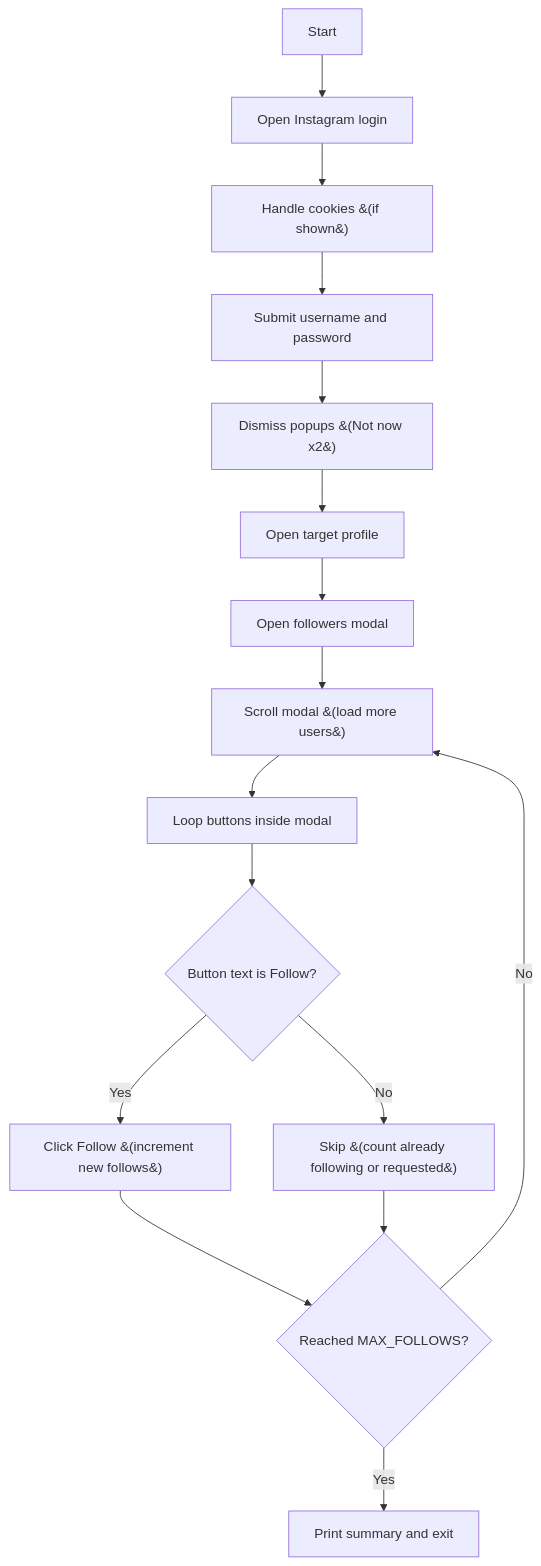
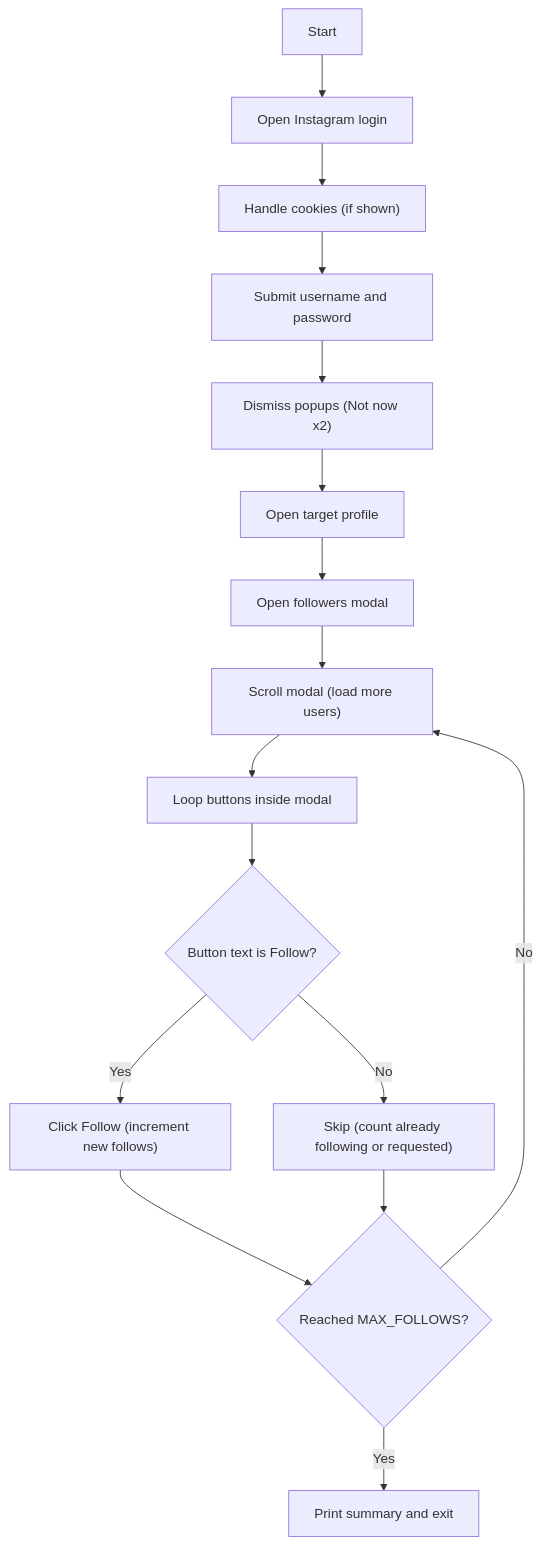
Before and after one commit to Zamir29/100-days-of-Python: the diagram in daily_logs/day_52.md, drawn with Mermaid.

Commit message:
(day_52): fix in flowchart in the daily log of day_52

````diff
--- a/daily_logs/day_52.md
+++ b/daily_logs/day_52.md
@@ -55,18 +55,18 @@
 ```mermaid
 flowchart TD
   A[Start] --> B[Open Instagram login]
-  B --> C[Handle cookies &#40;if shown&#41;]
+  B --> C[Handle cookies #40;if shown#41;]
   C --> D[Submit username and password]
-  D --> E[Dismiss popups &#40;Not now x2&#41;]
+  D --> E[Dismiss popups #40;Not now x2#41;]
   E --> F[Open target profile]
   F --> G[Open followers modal]
-  G --> H[Scroll modal &#40;load more users&#41;]
+  G --> H[Scroll modal #40;load more users#41;]
   H --> I[Loop buttons inside modal]
   I --> J{Button text is Follow?}
-  J -->|Yes| K[Click Follow &#40;increment new follows&#41;]
-  J -->|No| L[Skip &#40;count already following or requested&#41;]
+  J -->|Yes| K[Click Follow #40;increment new follows#41;]
+  J -->|No| L[Skip #40;count already following or requested#41;]
   K --> M{Reached MAX_FOLLOWS?}
   L --> M
   M -->|No| H
   M -->|Yes| N[Print summary and exit]
 ```
````
